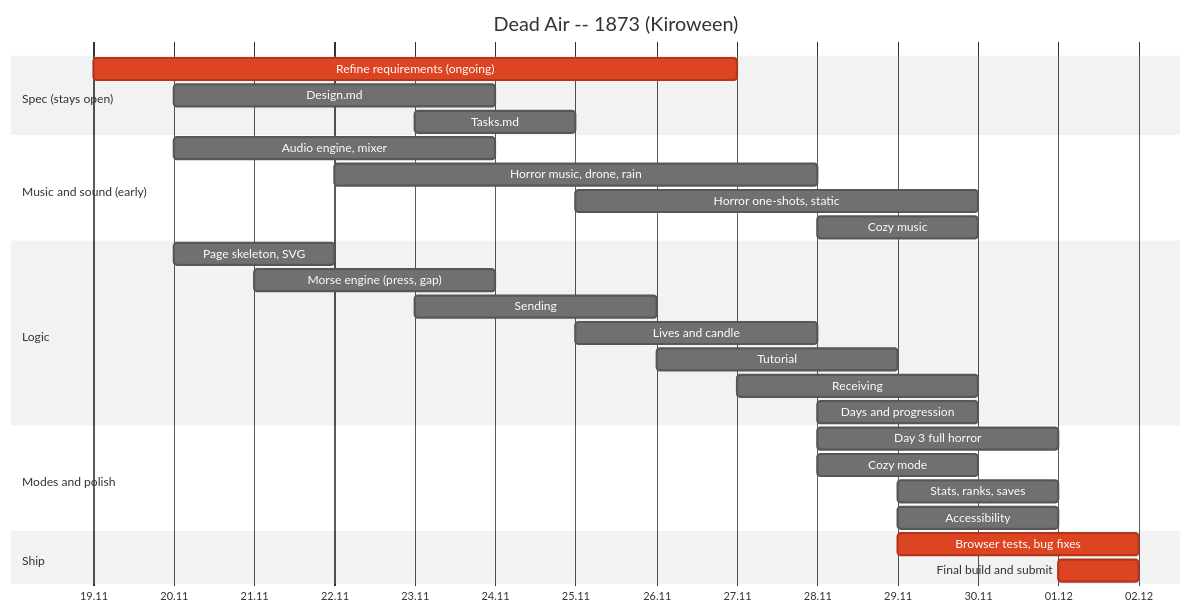
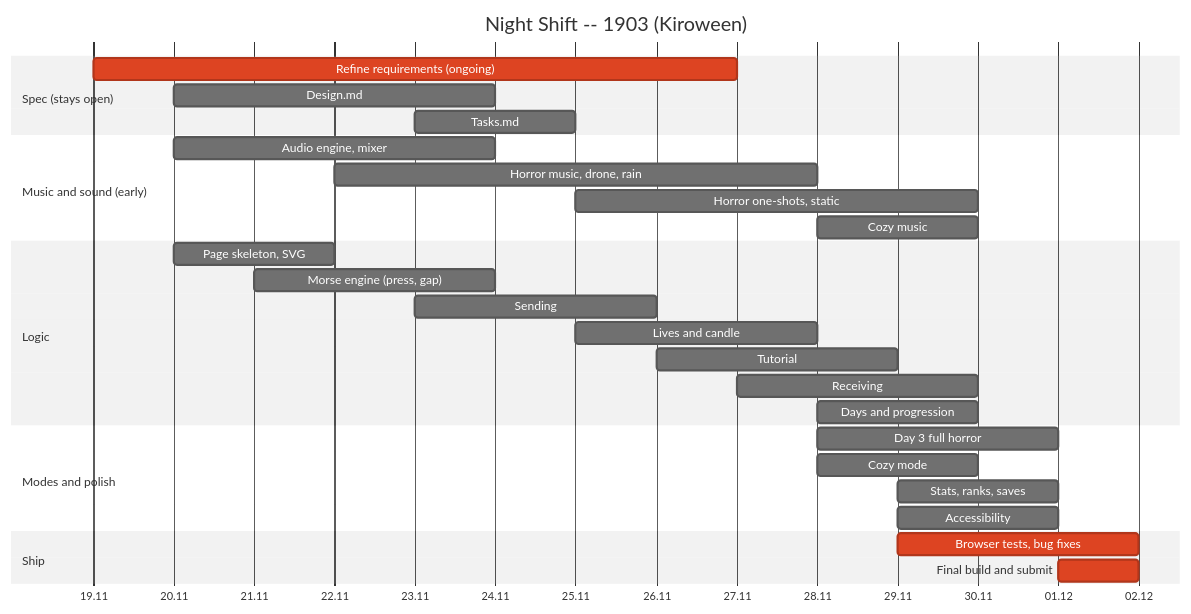
Before and after one commit to snowbagoly/kiroween-2026: the diagram in GANTT.md, drawn with Mermaid (neutral theme). The commit also changed other lines of this file and 56 other files, not shown here.

First line of the commit message:
R16: drop the hard mode; the game is called Night Shift everywhere

````diff
--- a/GANTT.md
+++ b/GANTT.md
@@ -6,37 +6,37 @@
 ```mermaid
 gantt
-    title Dead Air -- 1873 (Kiroween)
+    title Night Shift -- 1903 (Kiroween)
     dateFormat  YYYY-MM-DD
     axisFormat  %d.%m
     todayMarker on
 
     section Spec (stays open)
     Refine requirements (ongoing)   :crit, spec1, 2026-11-19, 8d
     Design.md                       :spec2, 2026-11-20, 4d
     Tasks.md                        :spec3, 2026-11-23, 2d
 
     section Music and sound (early)
     Audio engine, mixer             :aud1, 2026-11-20, 4d
     Horror music, drone, rain       :aud2, 2026-11-22, 6d
     Horror one-shots, static        :aud3, 2026-11-25, 5d
     Cozy music                      :aud4, 2026-11-28, 2d
 
     section Logic
     Page skeleton, SVG              :core1, 2026-11-20, 2d
     Morse engine (press, gap)       :core2, 2026-11-21, 3d
     Sending                         :game1, 2026-11-23, 3d
     Lives and candle                :game2, 2026-11-25, 3d
     Tutorial                        :game3, 2026-11-26, 3d
     Receiving                       :game4, 2026-11-27, 3d
     Days and progression            :game5, 2026-11-28, 2d
 
     section Modes and polish
     Day 3 full horror               :atm2, 2026-11-28, 3d
     Cozy mode                       :atm3, 2026-11-28, 2d
     Stats, ranks, saves             :pol1, 2026-11-29, 2d
     Accessibility                   :pol2, 2026-11-29, 2d
 
     section Ship
     Browser tests, bug fixes        :crit, pol3, 2026-11-29, 3d
     Final build and submit          :crit, ship1, 2026-12-01, 1d
 ```
````
